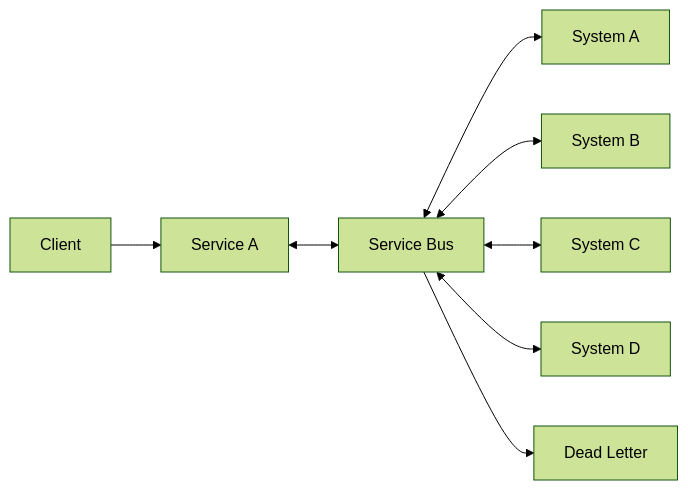
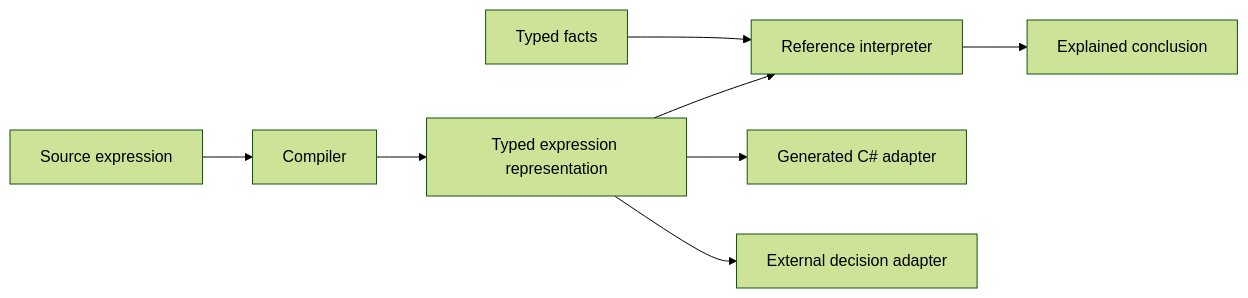
Before and after one commit to Allann/Modeller.Next: the fourth of 8 diagrams in docs/architecture/architecture-101.md, drawn with Mermaid (forest theme). The commit also changed other lines of this file and 22 other files, not shown here.

````diff
--- a/docs/architecture/architecture-101.md
+++ b/docs/architecture/architecture-101.md
@@ -85,10 +133,10 @@
 ```mermaid
 graph LR
-    Client --> SvcA[Service A]
-    SvcA <--> Bus[Service Bus]
-    Bus <--> SysA[System A]
-    Bus <--> SysB[System B]
-    Bus <--> SysC[System C]
-    Bus <--> SysD[System D]
-    Bus --> DL[Dead Letter]
+    SourceExpression[Source expression] --> Compiler
+    Compiler --> ExpressionIR[Typed expression representation]
+    ExpressionIR --> Interpreter[Reference interpreter]
+    ExpressionIR --> CSharp[Generated C# adapter]
+    ExpressionIR --> External[External decision adapter]
+    Facts[Typed facts] --> Interpreter
+    Interpreter --> Conclusion[Explained conclusion]
 ```
````
